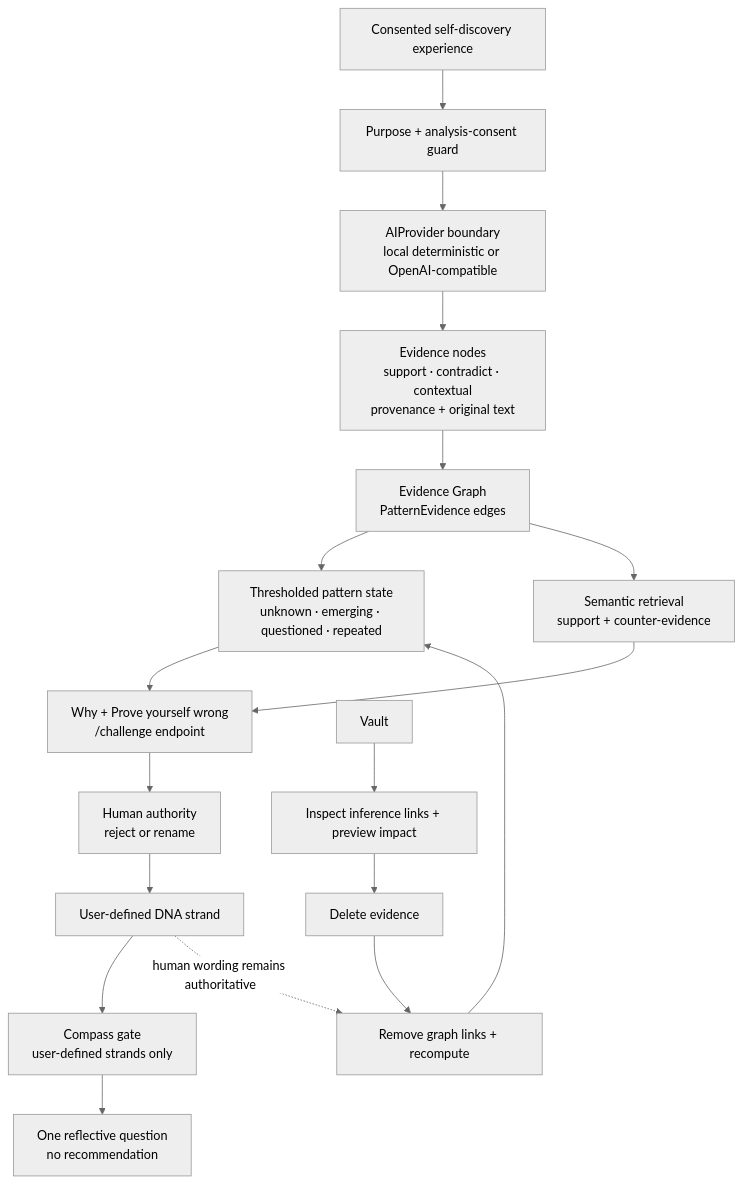
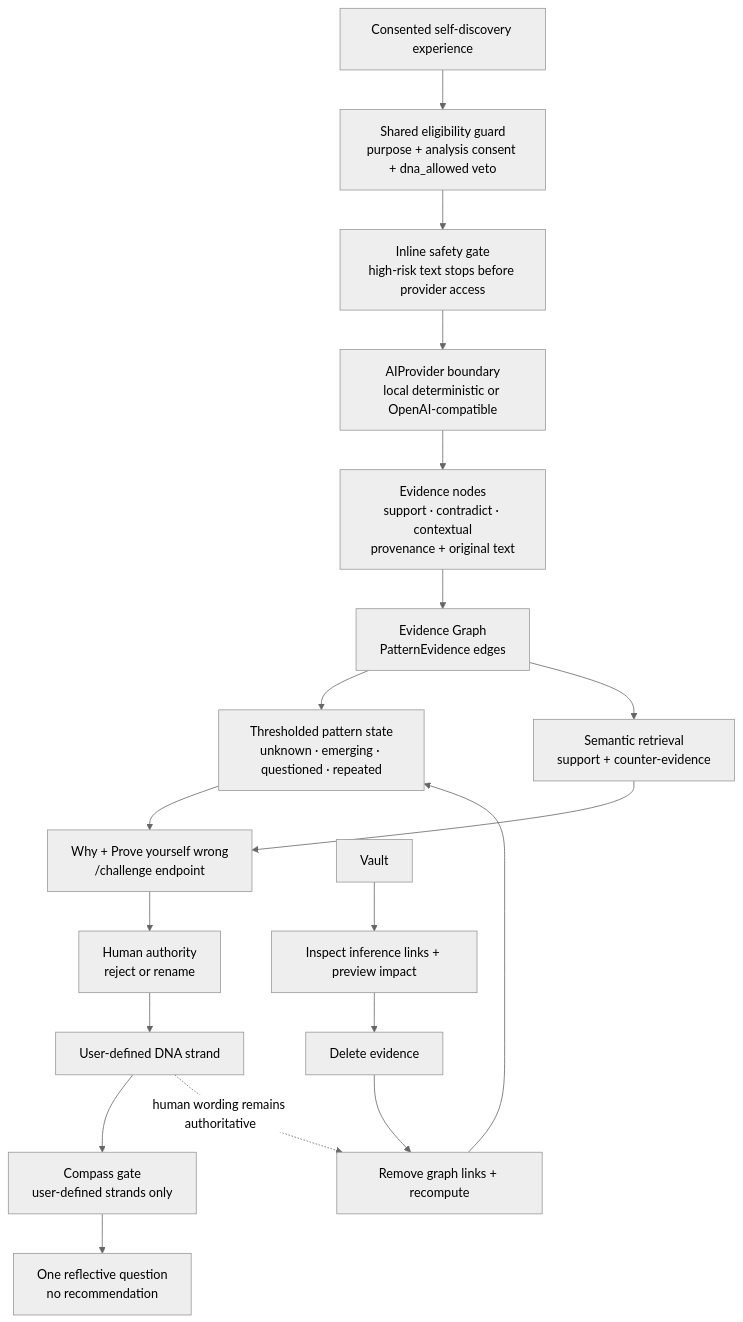
One commit to sasipriya1221/WHO-AM-I changed the first of 2 diagrams in README.md. Above: the diagram before and after it, drawn with Mermaid (neutral theme). The commit also changed other lines of this file and 2 other files, not shown here.

````diff
--- a/README.md
+++ b/README.md
@@ -56,21 +56,22 @@
 ```mermaid
 flowchart TD
-    X["Consented self-discovery experience"] --> G["Purpose + analysis-consent guard"]
-    G --> A["AIProvider boundary<br/>local deterministic or OpenAI-compatible"]
+    X["Consented self-discovery experience"] --> G["Shared eligibility guard<br/>purpose + analysis consent + dna_allowed veto"]
+    G --> SF["Inline safety gate<br/>high-risk text stops before provider access"]
+    SF --> A["AIProvider boundary<br/>local deterministic or OpenAI-compatible"]
     A --> E["Evidence nodes<br/>support · contradict · contextual<br/>provenance + original text"]
     E --> EG["Evidence Graph<br/>PatternEvidence edges"]
     EG --> T["Thresholded pattern state<br/>unknown · emerging · questioned · repeated"]
     EG --> R["Semantic retrieval<br/>support + counter-evidence"]
     T --> W["Why + Prove yourself wrong<br/>/challenge endpoint"]
     R --> W
     W --> H["Human authority<br/>reject or rename"]
     H --> S["User-defined DNA strand"]
     S --> C["Compass gate<br/>user-defined strands only"]
     C --> Q["One reflective question<br/>no recommendation"]
 
     V["Vault"] --> I["Inspect inference links + preview impact"]
     I --> D["Delete evidence"]
     D --> RC["Remove graph links + recompute"]
     RC --> T
     S -.->|human wording remains authoritative| RC
 ```
````
